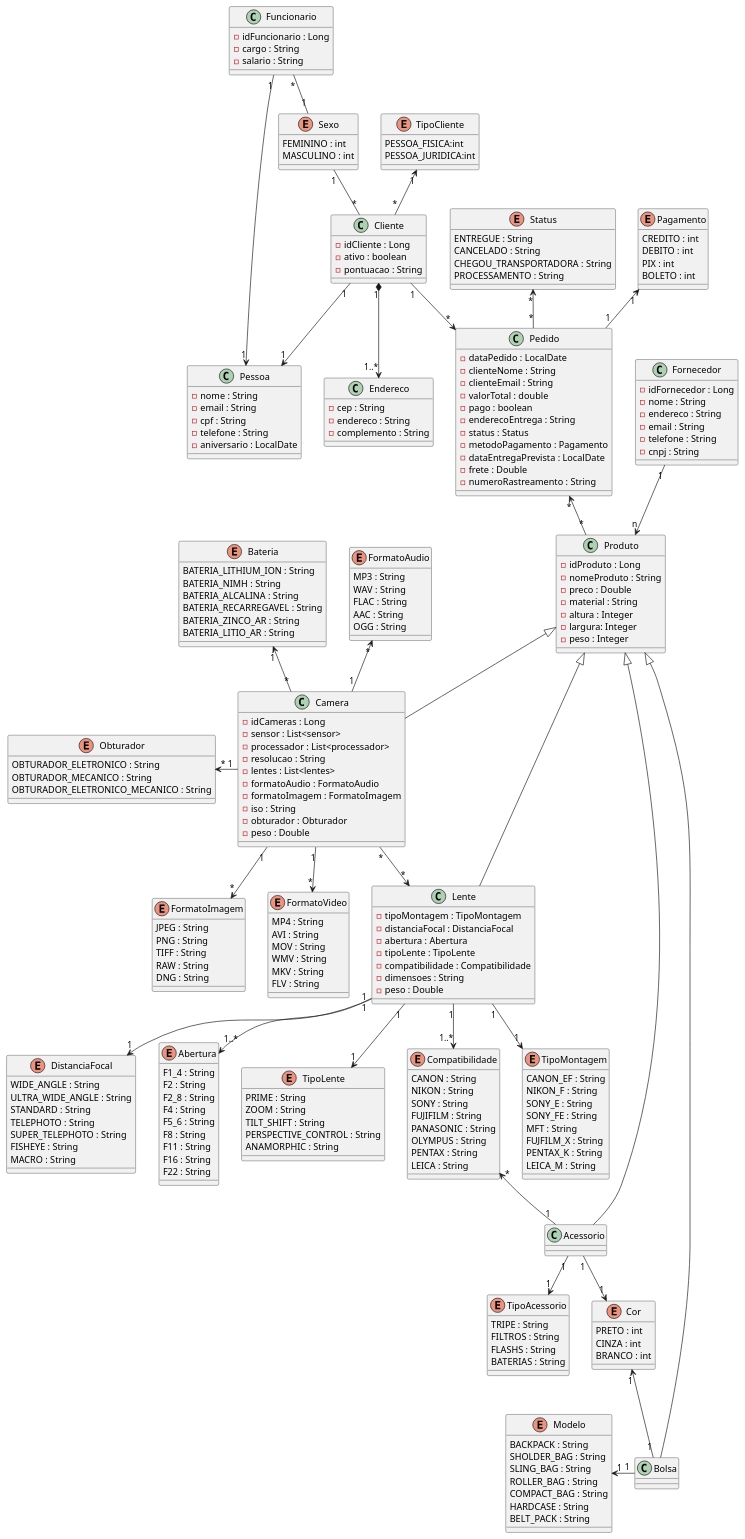
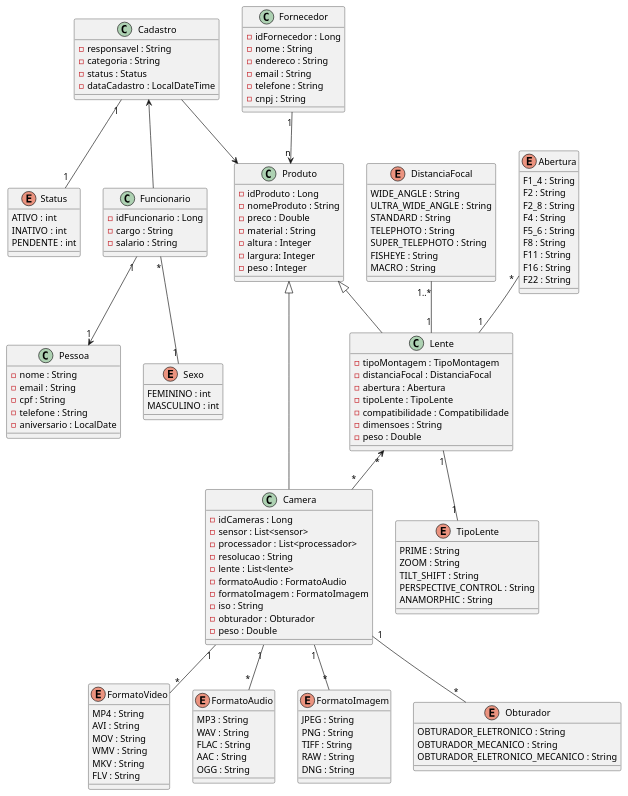
One commit to HugoValuar03/ecommerce changed the diagram in src/main/java/br/unitins/topicos1/UML/modelo.plantuml. Above: the diagram before and after it, drawn with PlantUML.

Commit message:
atualizando UML

```diff
--- a/src/main/java/br/unitins/topicos1/UML/modelo.plantuml
+++ b/src/main/java/br/unitins/topicos1/UML/modelo.plantuml
@@ -7,43 +7,38 @@
   - aniversario : LocalDate
 }
 
+class Cadastro{
+  - responsavel : String
+  - categoria : String
+  - status : Status 
+  - dataCadastro : LocalDateTime
+
+}
+
+Enum Status{
+  ATIVO : int
+  INATIVO : int
+  PENDENTE : int
+}
+
+Cadastro "1" -- "1" Status
+Cadastro <-- Funcionario
+Cadastro --> Produto
+
 class Funcionario{
   - idFuncionario : Long
   - cargo : String 
   - salario : String
 }
 
-class Cliente{
-  - idCliente : Long
-  - ativo : boolean
-  - pontuacao : String
-}
-
-Enum TipoCliente{
-  PESSOA_FISICA:int
-  PESSOA_JURIDICA:int
-}
-
-class Endereco{
-  - cep : String 
-  - endereco : String
-  - complemento : String
-}
-
 Funcionario "1" --> "1" Pessoa
-Cliente "1" --> "1" Pessoa
-Cliente  "1"*-->"1..*" Endereco
-TipoCliente "1"<--"*" Cliente
 
 Enum Sexo{
   FEMININO : int
   MASCULINO : int
 }
 
-Sexo "1" -- "*" Cliente
 Funcionario "*"--"1" Sexo
-
-Cliente "1" --> "*" Pedido
 
 class Fornecedor{
   - idFornecedor : Long
@@ -64,45 +59,17 @@
   - peso : Integer
 }
 
-Enum Modelo{
-BACKPACK : String
-SHOLDER_BAG : String
-SLING_BAG : String
-ROLLER_BAG : String
-COMPACT_BAG : String
-HARDCASE : String
-BELT_PACK : String
-}
-
-Enum Cor{
-PRETO : int
-CINZA : int
-BRANCO : int
-}
-
-Modelo "1" <- "1" Bolsa
-Cor "1" <-- "1" Bolsa
-
 class Camera{
   - idCameras : Long
   - sensor : List<sensor>
   - processador : List<processador>
   - resolucao : String
-  - lentes : List<lentes>
+  - lente : List<lente>
   - formatoAudio : FormatoAudio
   - formatoImagem : FormatoImagem
   - iso : String
   - obturador : Obturador
   - peso : Double
-}
-
-Enum Bateria{
-BATERIA_LITHIUM_ION : String
-BATERIA_NIMH : String
-BATERIA_ALCALINA : String
-BATERIA_RECARREGAVEL : String
-BATERIA_ZINCO_AR : String
-BATERIA_LITIO_AR : String
 }
 
 Enum FormatoVideo{
@@ -136,33 +103,10 @@
 OBTURADOR_ELETRONICO_MECANICO : String
 }
 
-Obturador "*" <- "1" Camera
-Camera "1" --> "*" FormatoImagem
-FormatoAudio "*" <-- "1" Camera
-Camera "1" --> "*" FormatoVideo
-Bateria "1" <-- "*" Camera
-
-Enum TipoAcessorio{
-TRIPE : String
-FILTROS : String
-FLASHS : String
-BATERIAS : String
-}
-
-Enum Compatibilidade{
-CANON : String
-NIKON : String
-SONY : String
-FUJIFILM : String
-PANASONIC : String
-OLYMPUS : String
-PENTAX : String
-LEICA : String
-}
-
-Acessorio "1" --> "1" TipoAcessorio 
-Acessorio "1" --> "1" Cor
-Compatibilidade "*" <-- "1" Acessorio
+Camera "1" -- "*" Obturador
+Camera "1" -- "*" FormatoImagem
+Camera "1" -- "*" FormatoAudio
+Camera "1" -- "*" FormatoVideo
 
 class Lente{
   - tipoMontagem : TipoMontagem
@@ -172,17 +116,6 @@
   - compatibilidade : Compatibilidade
   - dimensoes : String
   - peso : Double
-}
-
-Enum TipoMontagem{
-  CANON_EF : String
-  NIKON_F : String
-  SONY_E : String
-  SONY_FE : String
-  MFT : String
-  FUJFILM_X : String
-  PENTAX_K : String
-  LEICA_M : String
 }
 
 Enum DistanciaFocal{
@@ -215,49 +148,12 @@
   ANAMORPHIC : String
 }
 
-Camera "*" --> "*" Lente
-Lente "1" --> "1" TipoMontagem
-Lente "1" --> "1" DistanciaFocal
-Lente "1" --> "1" TipoLente
-Lente "1" --> "1..*" Abertura
-Lente "1" --> "1..*" Compatibilidade
+Lente "*" <-- "*" Camera
+Abertura "*" --"1" Lente
+Lente "1" -- "1" TipoLente
+DistanciaFocal "1..*"-- "1" Lente
 
-class Pedido{
-  - dataPedido : LocalDate
-  - clienteNome : String
-  - clienteEmail : String
-  - valorTotal : double
-  - pago : boolean
-  - enderecoEntrega : String
-  - status : Status
-  - metodoPagamento : Pagamento
-  - dataEntregaPrevista : LocalDate
-  - frete : Double
-  - numeroRastreamento : String
-}
-
-Enum Status{
-ENTREGUE : String
-CANCELADO : String
-CHEGOU_TRANSPORTADORA : String
-PROCESSAMENTO : String
-}
-
-Status "*" <-- "*" Pedido
-
-Enum Pagamento{
-  CREDITO : int
-  DEBITO : int
-  PIX : int
-  BOLETO : int
-} 
-
-Pagamento "1" <-- "1" Pedido
-
-Pedido "*" <-- "*" Produto
 Fornecedor "1" --> "n" Produto
 Produto <|-- Camera
-Produto <|-- Bolsa
-Produto <|-- Acessorio
 Produto <|-- Lente
 @enduml
```
